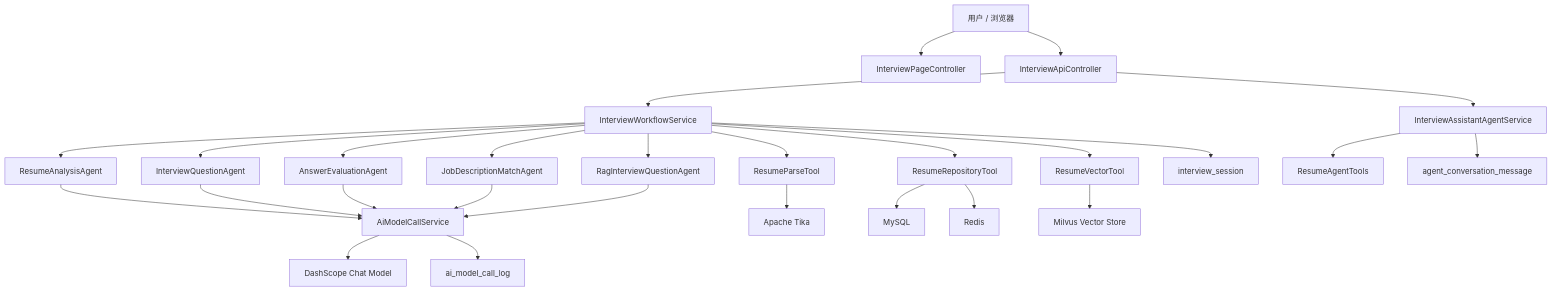
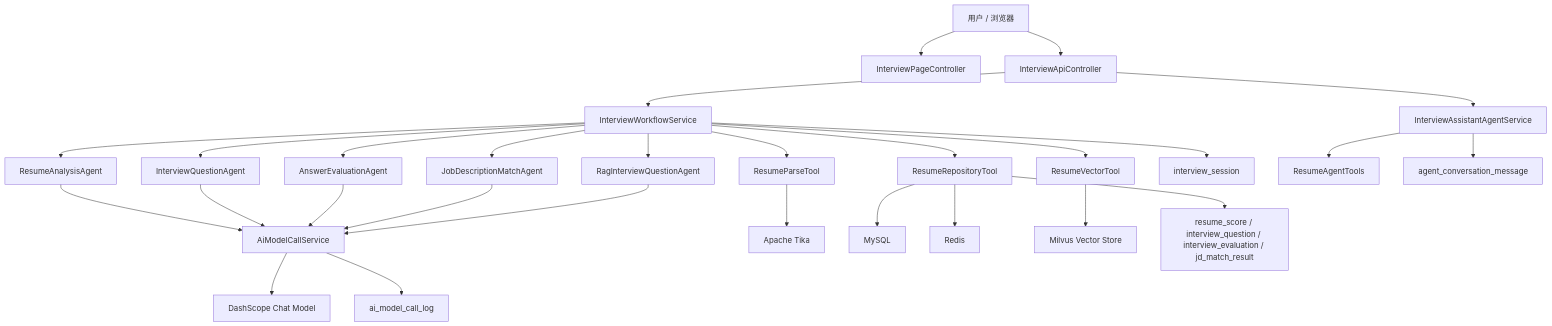
One commit to xiekunhuang2020/ai-interview-agent changed the diagram in docs/architecture.md. Above: the diagram before and after it, drawn with Mermaid. The commit also changed other lines of this file and 6 other files, not shown here.

````diff
--- a/docs/architecture.md
+++ b/docs/architecture.md
@@ -11,33 +11,34 @@
 ```mermaid
 flowchart TD
     U["用户 / 浏览器"] --> PC["InterviewPageController"]
     U --> AC["InterviewApiController"]
     AC --> O["InterviewWorkflowService"]
 
     O --> T1["ResumeParseTool"]
     O --> A1["ResumeAnalysisAgent"]
     O --> T2["ResumeRepositoryTool"]
     O --> T3["ResumeVectorTool"]
     O --> A2["InterviewQuestionAgent"]
     O --> A3["AnswerEvaluationAgent"]
     O --> A4["JobDescriptionMatchAgent"]
     O --> A5["RagInterviewQuestionAgent"]
 
     A1 --> INV["AiModelCallService"]
     A2 --> INV
     A3 --> INV
     A4 --> INV
     A5 --> INV
     INV --> LLM["DashScope Chat Model"]
     INV --> AUDIT["ai_model_call_log"]
     O --> SESSION["interview_session"]
 
     AC --> AS["InterviewAssistantAgentService"]
     AS --> TOOLCALL["ResumeAgentTools"]
     AS --> MSGAUDIT["agent_conversation_message"]
 
     T1 --> Tika["Apache Tika"]
     T2 --> MySQL["MySQL"]
     T2 --> Redis["Redis"]
     T3 --> Milvus["Milvus Vector Store"]
+    T2 --> RESULT["resume_score / interview_question / interview_evaluation / jd_match_result"]
 ```
````
